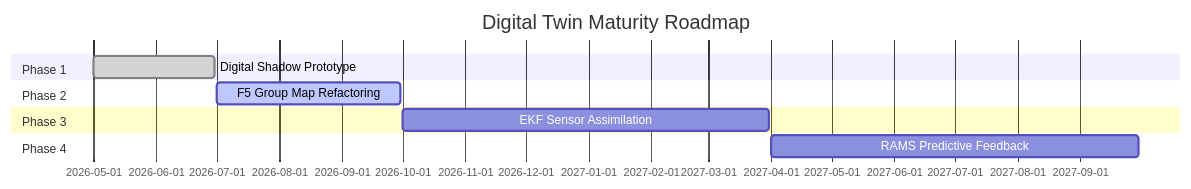
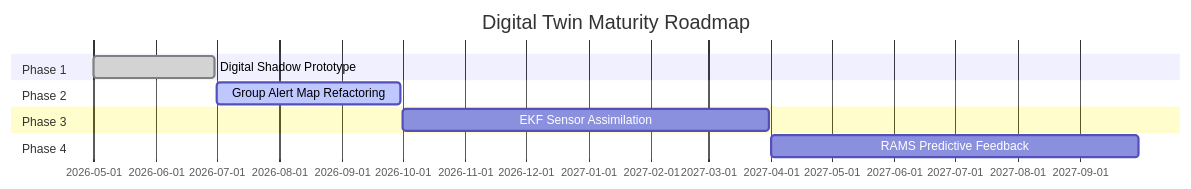
The eighth of 9 diagrams in report/drafts/final_report_template.md (tinluan/railway-flood-twin), drawn with Mermaid before and after one commit. The commit also changed other lines of this file, not shown here.

Commit message:
docs: finalize final report template by replacing legacy F5 references with Group-Based terms

````diff
--- a/report/drafts/final_report_template.md
+++ b/report/drafts/final_report_template.md
@@ -566,13 +566,13 @@
 ```mermaid
 gantt
     title Digital Twin Maturity Roadmap
     dateFormat YYYY-MM-DD
     section Phase 1
     Digital Shadow Prototype   :done,    des1, 2026-05-01, 2026-06-30
     section Phase 2
-    F5 Group Map Refactoring   :active,  des2, 2026-07-01, 2026-09-30
+    Group Alert Map Refactoring   :active,  des2, 2026-07-01, 2026-09-30
     section Phase 3
     EKF Sensor Assimilation    :         des3, 2026-10-01, 2027-03-31
     section Phase 4
     RAMS Predictive Feedback   :         des4, 2027-04-01, 2027-09-30
 ```
````
